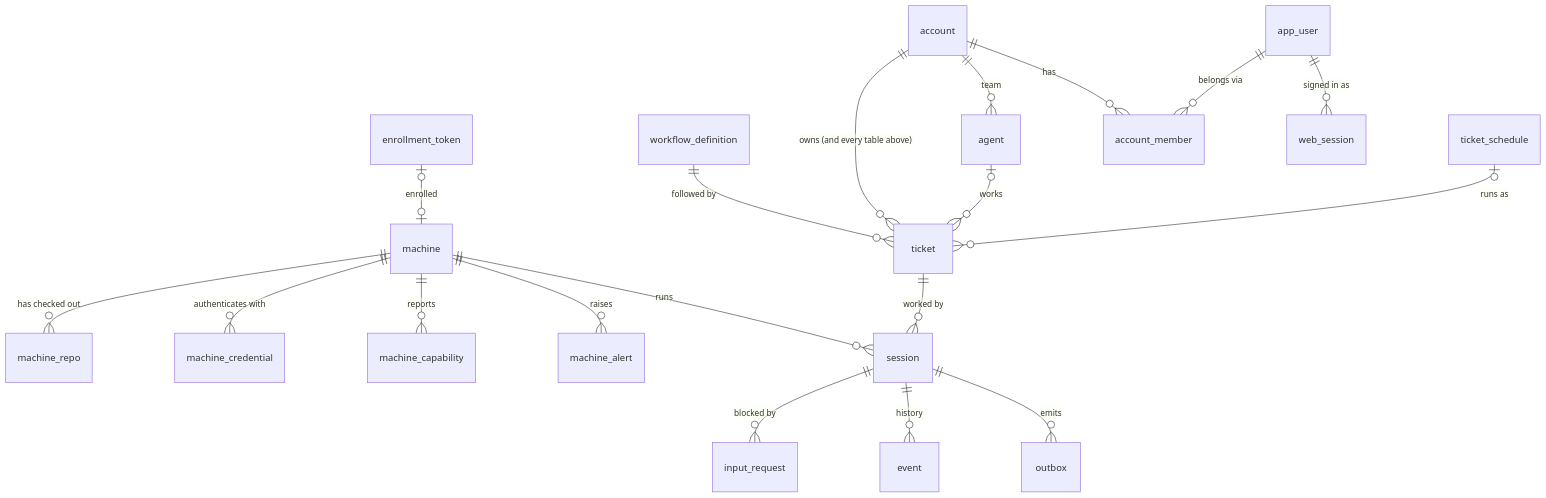
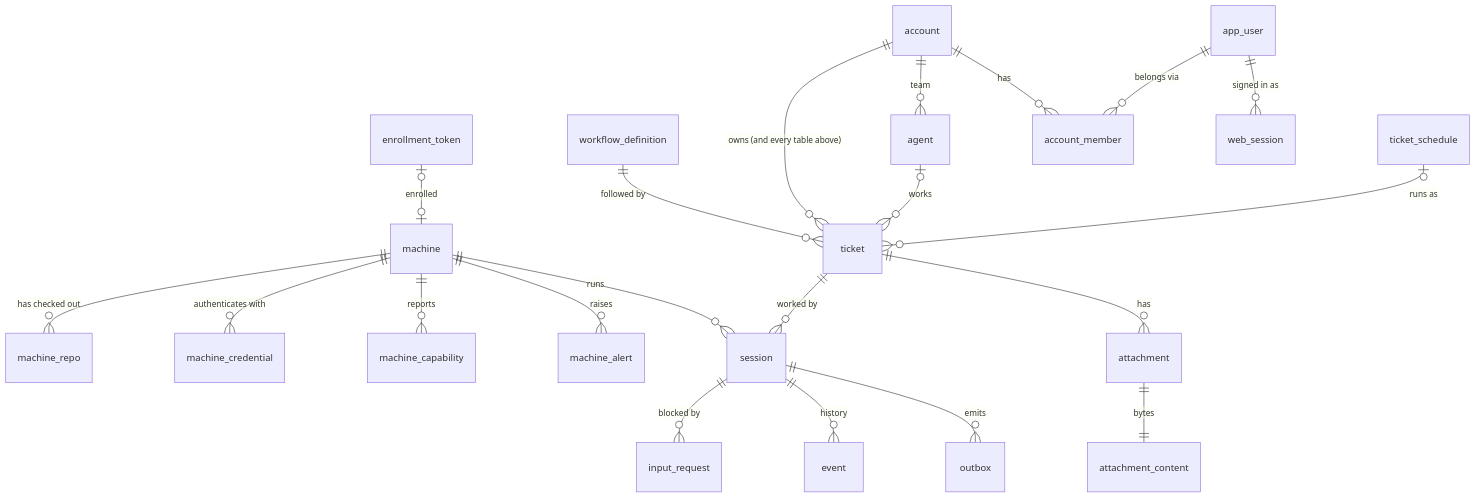
One commit to benjgrad/conductor changed the diagram in docs/design/02-data-model.md. Above: the diagram before and after it, drawn with Mermaid. The commit also changed other lines of this file and 8 other files, not shown here.

````diff
--- a/docs/design/02-data-model.md
+++ b/docs/design/02-data-model.md
@@ -5,21 +5,23 @@
 ```mermaid
 erDiagram
   machine ||--o{ machine_repo : "has checked out"
   machine ||--o{ machine_credential : "authenticates with"
   machine ||--o{ machine_capability : "reports"
   machine ||--o{ machine_alert : "raises"
   enrollment_token |o--o| machine : "enrolled"
   machine ||--o{ session : "runs"
   ticket ||--o{ session : "worked by"
   workflow_definition ||--o{ ticket : "followed by"
   session ||--o{ input_request : "blocked by"
   session ||--o{ event : "history"
   session ||--o{ outbox : "emits"
   account ||--o{ ticket : "owns (and every table above)"
   agent |o--o{ ticket : "works"
   account ||--o{ agent : "team"
   ticket_schedule |o--o{ ticket : "runs as"
+  ticket ||--o{ attachment : "has"
+  attachment ||--|| attachment_content : "bytes"
   account ||--o{ account_member : "has"
   app_user ||--o{ account_member : "belongs via"
   app_user ||--o{ web_session : "signed in as"
 ```
````
